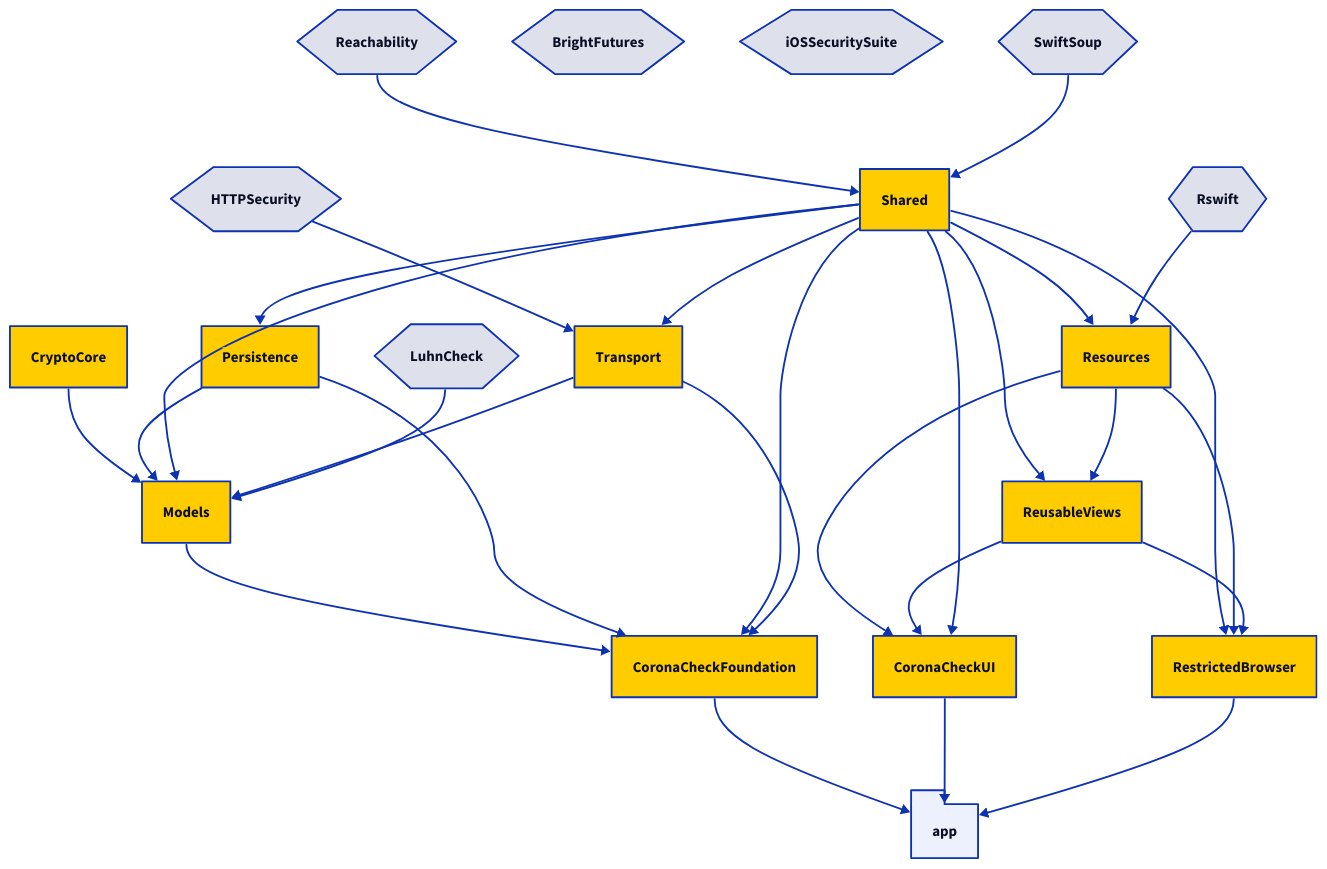
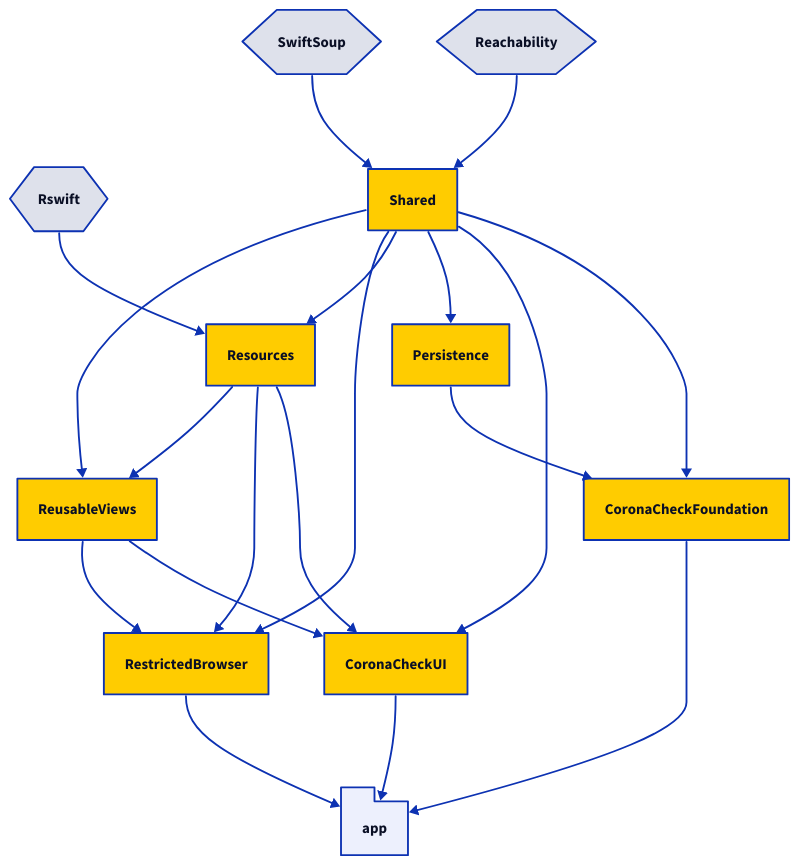
One commit to minvws/nl-covid19-coronacheck-app-ios changed the diagram in Diagrams/packages-withouttests.d2. Above: the diagram before and after it, drawn with D2. The commit also changed 79 other files, not shown here.

```diff
--- a/Diagrams/packages-withouttests.d2
+++ b/Diagrams/packages-withouttests.d2
@@ -1,80 +1,53 @@
 direction: down
 
 # Third-Party
 Rswift: {
   shape: hexagon
 }
 Reachability: {
-  shape: hexagon
-}
-BrightFutures: {
-  shape: hexagon
-}
-HTTPSecurity: {
-  shape: hexagon
-}
-LuhnCheck: {
-  shape: hexagon
-}
-iOSSecuritySuite: {
   shape: hexagon
 }
 SwiftSoup: {
   shape: hexagon
 }
 
 # The application
 
 app: {
   shape: package
 }
 
 app <- CoronaCheckFoundation
 app <- CoronaCheckUI
 app <- RestrictedBrowser
 
 # - Packages - 
 
 CoronaCheckFoundation { style.fill: "#ffcc00" }
-CoronaCheckFoundation <- Models
 CoronaCheckFoundation <- Persistence
 CoronaCheckFoundation <- Shared
-CoronaCheckFoundation <- Transport
 
 CoronaCheckUI { style.fill: "#ffcc00" }
 CoronaCheckUI <- Resources
 CoronaCheckUI <- ReusableViews
 CoronaCheckUI <- Shared
-
-CryptoCore { style.fill: "#ffcc00" }
-
-Models { style.fill: "#ffcc00" }
-Models <- CryptoCore
-Models <- Persistence
-Models <- Shared
-Models <- Transport
-Models <- LuhnCheck
 
 Persistence { style.fill: "#ffcc00" }
 Persistence <- Shared
 
 Resources { style.fill: "#ffcc00" }
 Resources <- Shared
 Resources <- Rswift
 
 RestrictedBrowser { style.fill: "#ffcc00" }
 RestrictedBrowser <- Shared
 RestrictedBrowser <- Resources
 RestrictedBrowser <- ReusableViews
 
 ReusableViews { style.fill: "#ffcc00" }
 ReusableViews <- Shared
 ReusableViews <- Resources
 
 Shared { style.fill: "#ffcc00" }
 Shared <- Reachability
 Shared <- SwiftSoup
-
-Transport { style.fill: "#ffcc00" }
-Transport <- HTTPSecurity
-Transport <- Shared
```
